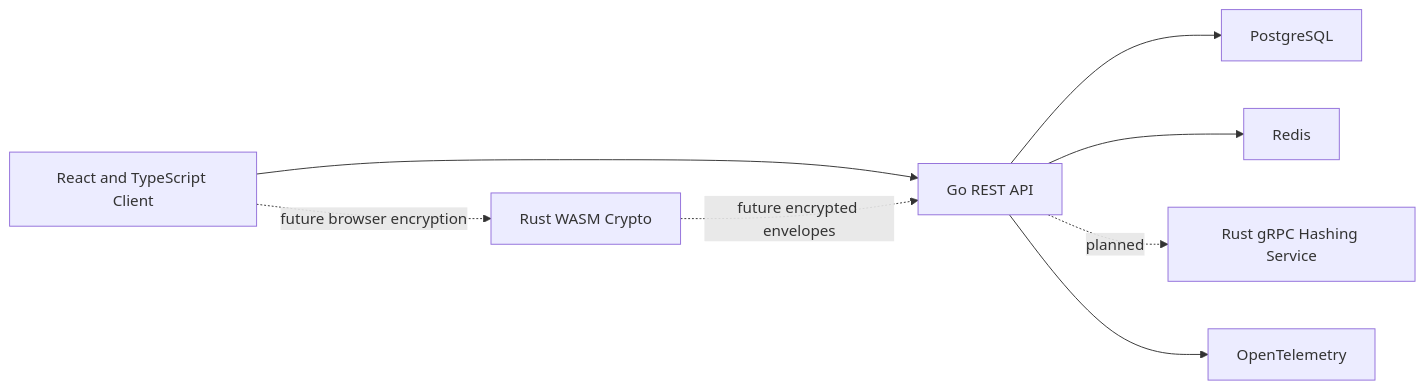
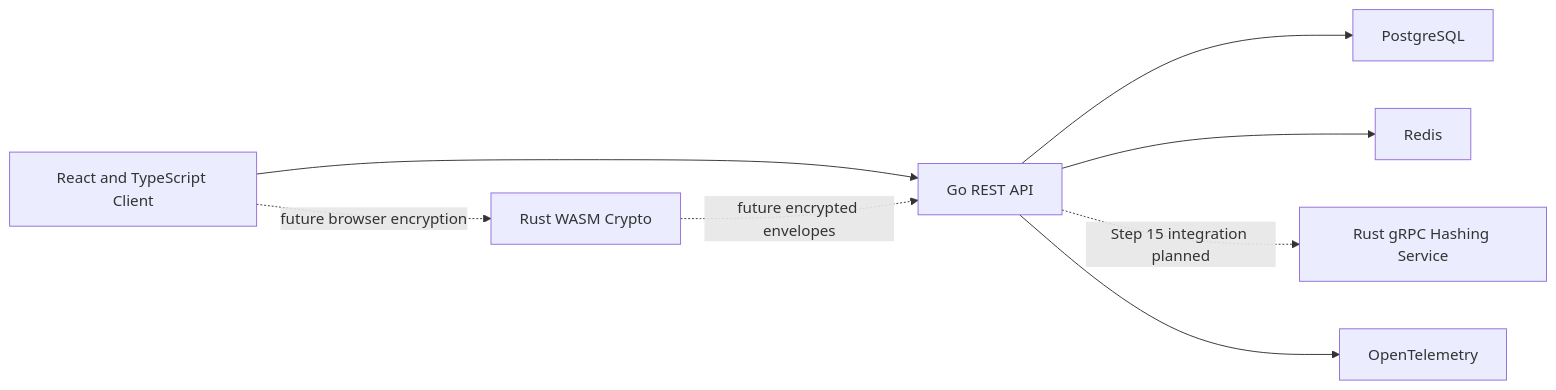
One commit to martinrgarciap/vaultforge changed the diagram in README.md. Above: the diagram before and after it, drawn with Mermaid. The commit also changed other lines of this file and 14 other files, not shown here.

Commit message:
Add Rust gRPC hash service

````diff
--- a/README.md
+++ b/README.md
@@ -15,10 +15,10 @@
 ```mermaid
 graph LR
     B["React and TypeScript Client"] --> A["Go REST API"]
     A --> P["PostgreSQL"]
     A --> R["Redis"]
     B -. "future browser encryption" .-> W["Rust WASM Crypto"]
     W -. "future encrypted envelopes" .-> A
-    A -. "planned" .-> H["Rust gRPC Hashing Service"]
+    A -. "Step 15 integration planned" .-> H["Rust gRPC Hashing Service"]
     A --> O["OpenTelemetry"]
 ```
````
